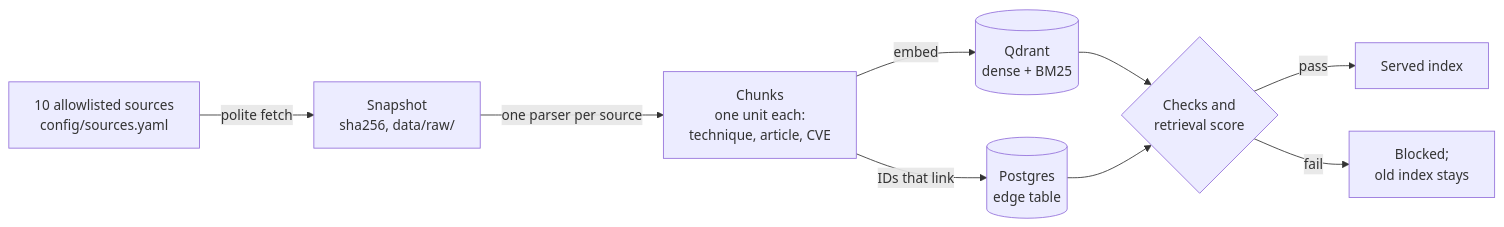
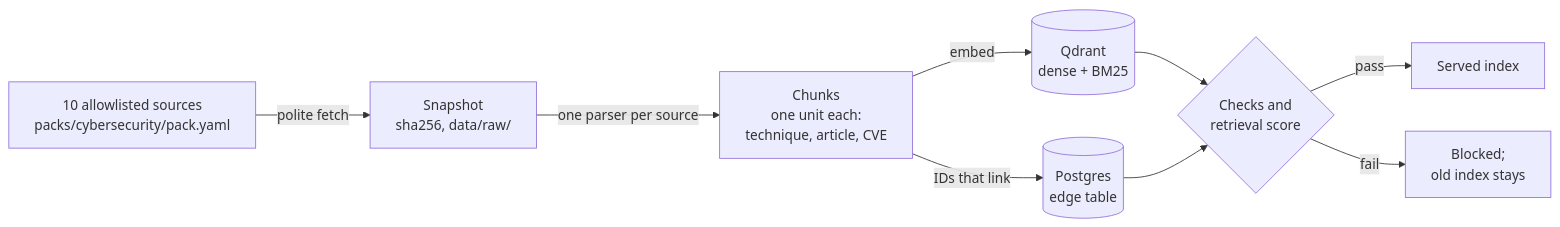
Before and after one commit to chrysogonus/rag-stack: the first of 2 diagrams in README.md, drawn with Mermaid. The commit also changed other lines of this file and 47 other files, not shown here.

First line of the commit message:
Load the domain from a pack: packs/cybersecurity

````diff
--- a/README.md
+++ b/README.md
@@ -45,10 +45,10 @@
 ```mermaid
 flowchart LR
-    A["10 allowlisted sources<br/>config/sources.yaml"] -->|polite fetch| B["Snapshot<br/>sha256, data/raw/"]
+    A["10 allowlisted sources<br/>packs/cybersecurity/pack.yaml"] -->|polite fetch| B["Snapshot<br/>sha256, data/raw/"]
     B -->|one parser per source| C["Chunks<br/>one unit each:<br/>technique, article, CVE"]
     C -->|embed| D[("Qdrant<br/>dense + BM25")]
     C -->|IDs that link| E[("Postgres<br/>edge table")]
     D & E --> F{"Checks and<br/>retrieval score"}
     F -->|pass| G["Served index"]
     F -->|fail| H["Blocked;<br/>old index stays"]
 ```
````
